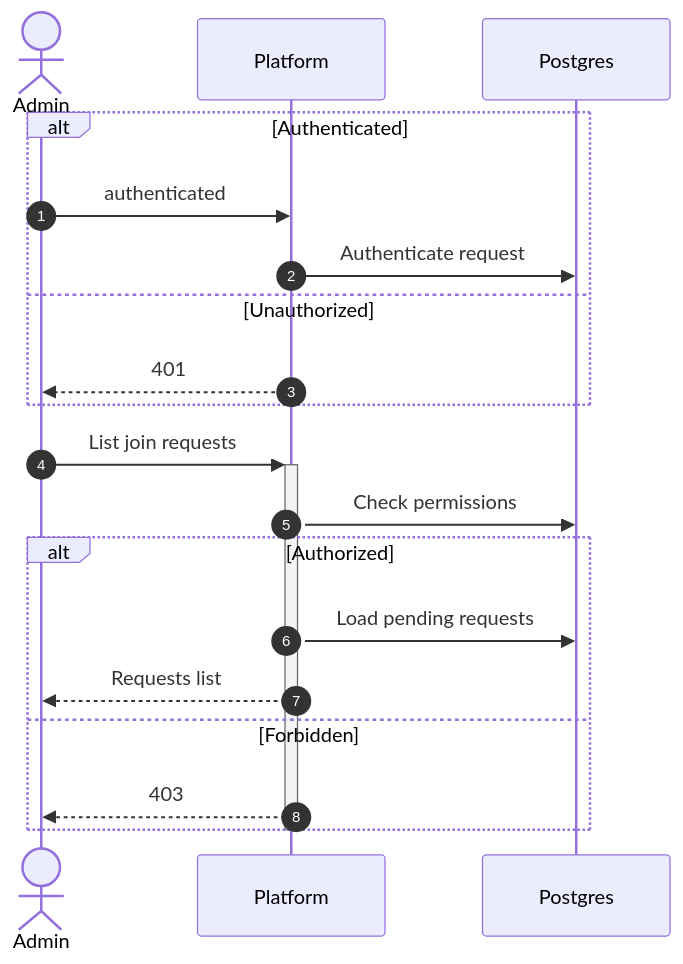
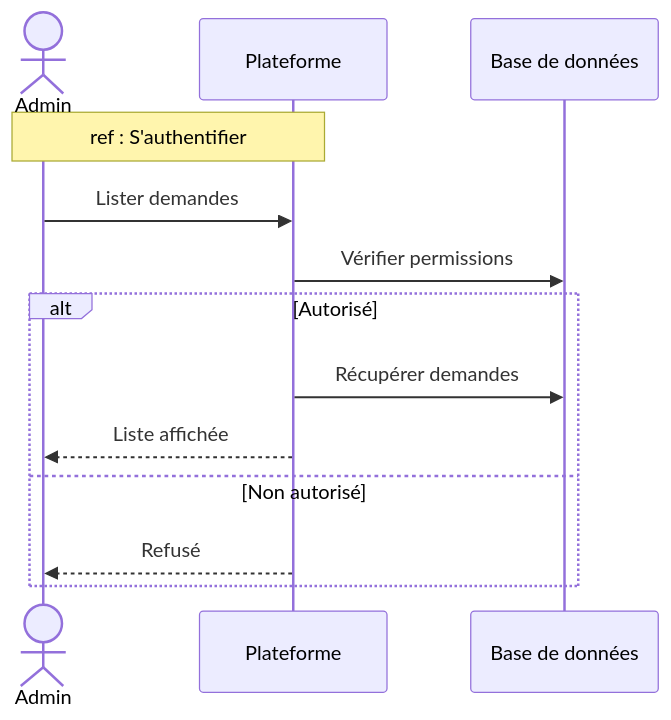
Before and after one commit to MohamedChebbi123/teamnest: the sixth of 16 diagrams in docs/SEQUENCE_DIAGRAMS.md, drawn with Mermaid. The commit also changed other lines of this file, not shown here.

````diff
--- a/docs/SEQUENCE_DIAGRAMS.md
+++ b/docs/SEQUENCE_DIAGRAMS.md
@@ -217,24 +196,17 @@
 ```mermaid
 sequenceDiagram
-    autonumber
     actor Admin
-    participant API as Platform
-    participant DB as Postgres
+    participant API as Plateforme
+    participant DB as Base de données
 
-    alt Authenticated
-        Admin->>API: authenticated
-        API->>DB: Authenticate request
-    else Unauthorized
-        API-->>Admin: 401
+    Note over Admin,API: ref : S'authentifier
+
+    Admin->>API: Lister demandes
+    API->>DB: Vérifier permissions
+    alt Autorisé
+        API->>DB: Récupérer demandes
+        API-->>Admin: Liste affichée
+    else Non autorisé
+        API-->>Admin: Refusé
     end
-
-    Admin->>+API: List join requests
-    API->>DB: Check permissions
-    alt Authorized
-        API->>DB: Load pending requests
-        API-->>Admin: Requests list
-    else Forbidden
-        API-->>Admin: 403
-    end
-    deactivate API
 ```
````
